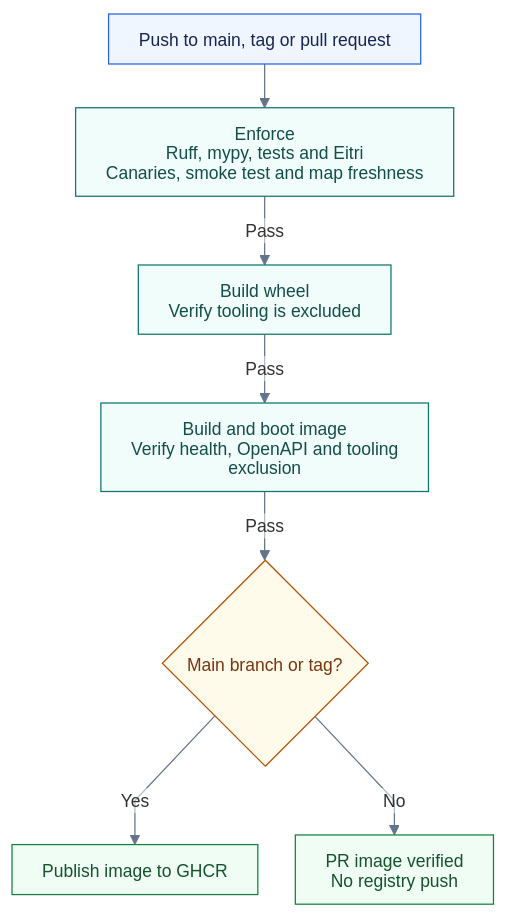
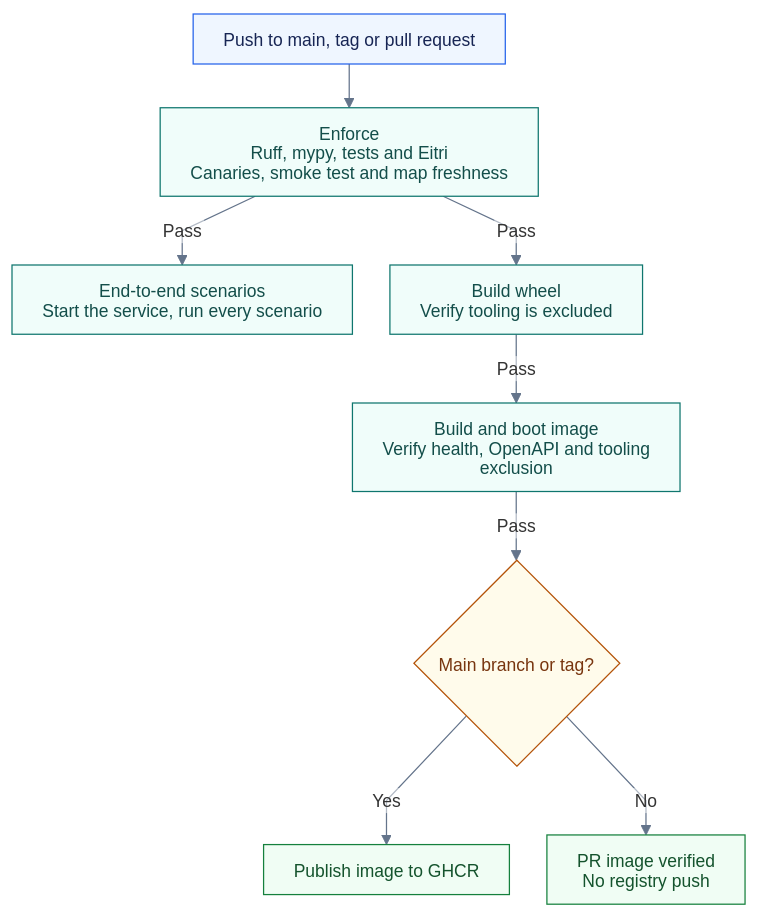
The diagram in docs/diagrams/ci-build.mmd (mrrasmussendk/pfa-api), drawn with Mermaid before and after one commit. The commit also changed 10 other files, not shown here.

```diff
--- a/docs/diagrams/ci-build.mmd
+++ b/docs/diagrams/ci-build.mmd
@@ -1,18 +1,20 @@
 %%{init: {"theme": "base", "themeVariables": {"fontFamily": "Arial, sans-serif", "fontSize": "14px", "lineColor": "#64748b", "edgeLabelBackground": "#ffffff", "clusterBkg": "#f8fafc", "clusterBorder": "#cbd5e1"}, "htmlLabels": false, "flowchart": {"htmlLabels": false, "curve": "linear", "nodeSpacing": 30, "rankSpacing": 35, "padding": 12, "wrappingWidth": 260}}}%%
 flowchart TB
     accTitle: CI build and publication
     trigger["Push to main, tag or pull request"]:::input
     checks["Enforce<br/>Ruff, mypy, tests and Eitri<br/>Canaries, smoke test and map freshness"]:::process
+    e2e["End-to-end scenarios<br/>Start the service, run every scenario"]:::process
     wheel["Build wheel<br/>Verify tooling is excluded"]:::process
     image["Build and boot image<br/>Verify health, OpenAPI and tooling exclusion"]:::process
     publish{"Main branch or tag?"}:::decision
     registry["Publish image to GHCR"]:::output
     verified["PR image verified<br/>No registry push"]:::output
     trigger --> checks -->|Pass| wheel -->|Pass| image
+    checks -->|Pass| e2e
     image -->|Pass| publish
     publish -->|Yes| registry
     publish -->|No| verified
     classDef input fill:#eff6ff,stroke:#2563eb,color:#172554
     classDef process fill:#f0fdfa,stroke:#0f766e,color:#134e4a
     classDef decision fill:#fffbeb,stroke:#b45309,color:#78350f
     classDef output fill:#f0fdf4,stroke:#15803d,color:#14532d
```
